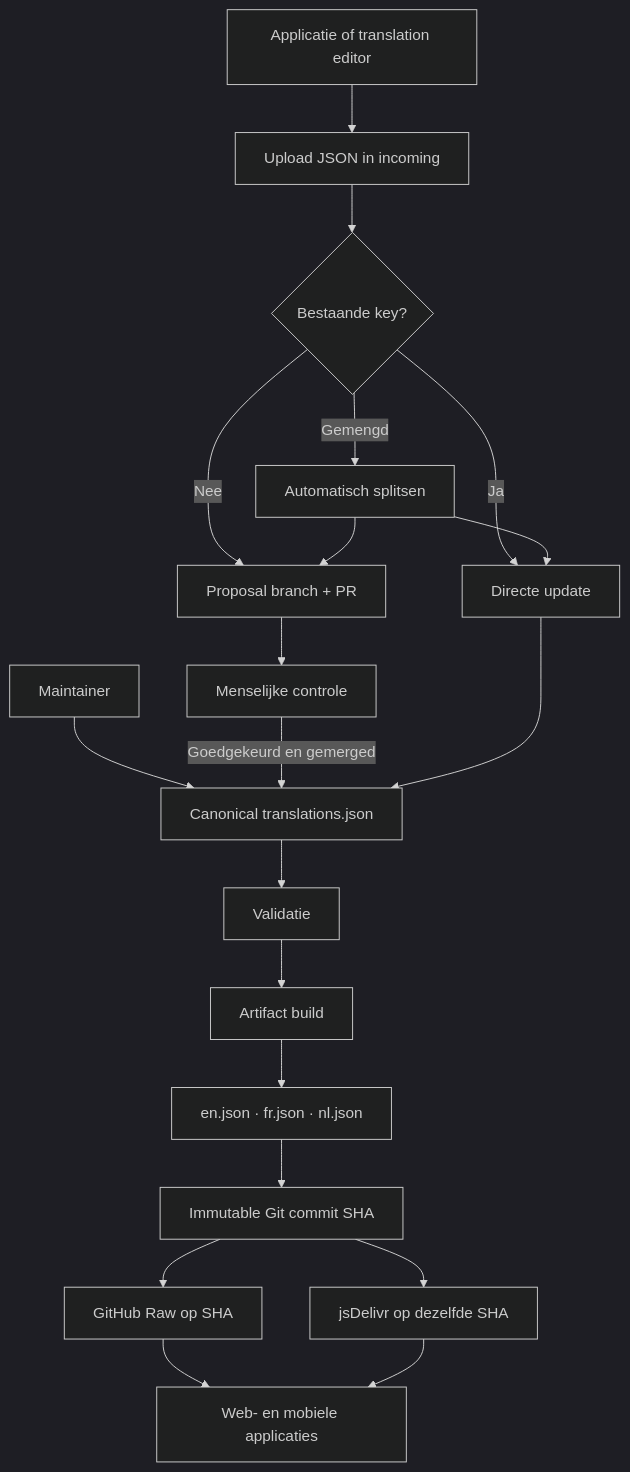
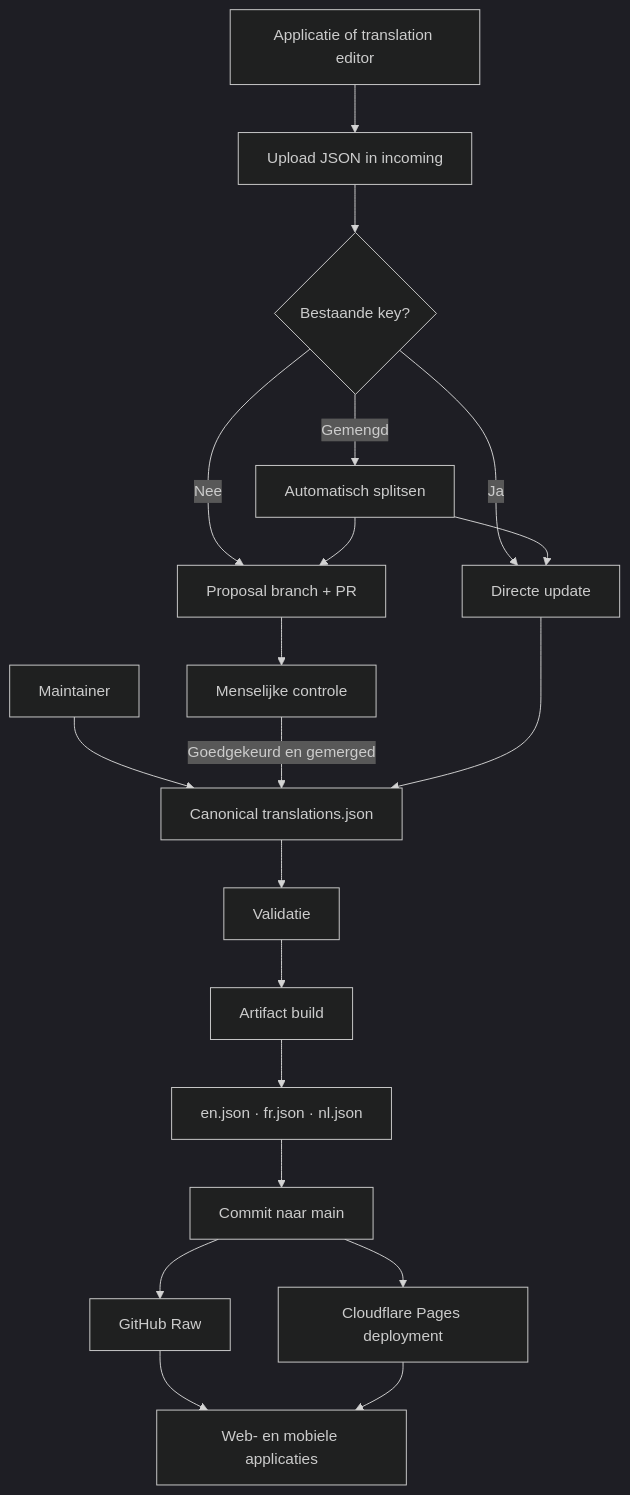
Before and after one commit to PRAxISDEVELOPMENT/mypraxis_translation_keys: the first of 2 diagrams in README.md, drawn with Mermaid (dark theme). The commit also changed other lines of this file and 15 other files, not shown here.

Commit message:
Replace jsDelivr with Cloudflare Pages CDN

````diff
--- a/README.md
+++ b/README.md
@@ -55,22 +56,22 @@
 ```mermaid
 flowchart TD
     APP[Applicatie of translation editor] --> UPLOAD[Upload JSON in incoming]
     MAINTAINER[Maintainer] --> SOURCE[Canonical translations.json]
     UPLOAD --> ROUTER{Bestaande key?}
     ROUTER -- Ja --> DIRECT[Directe update]
     ROUTER -- Nee --> PROPOSAL[Proposal branch + PR]
     ROUTER -- Gemengd --> SPLIT[Automatisch splitsen]
     SPLIT --> DIRECT
     SPLIT --> PROPOSAL
     PROPOSAL --> REVIEW[Menselijke controle]
     REVIEW -->|Goedgekeurd en gemerged| SOURCE
     DIRECT --> SOURCE
     SOURCE --> VALIDATE[Validatie]
     VALIDATE --> BUILD[Artifact build]
     BUILD --> LOCALES[en.json · fr.json · nl.json]
-    LOCALES --> COMMIT[Immutable Git commit SHA]
-    COMMIT --> RAW[GitHub Raw op SHA]
-    COMMIT --> CDN[jsDelivr op dezelfde SHA]
+    LOCALES --> COMMIT[Commit naar main]
+    COMMIT --> RAW[GitHub Raw]
+    COMMIT --> CDN[Cloudflare Pages deployment]
     RAW --> CONSUMERS[Web- en mobiele applicaties]
     CDN --> CONSUMERS
 ```
````
